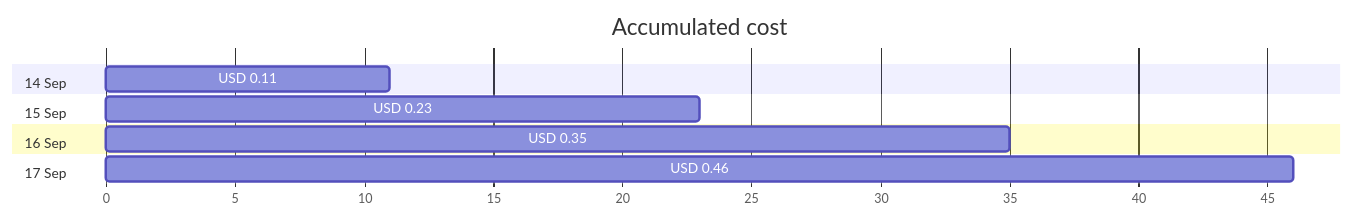
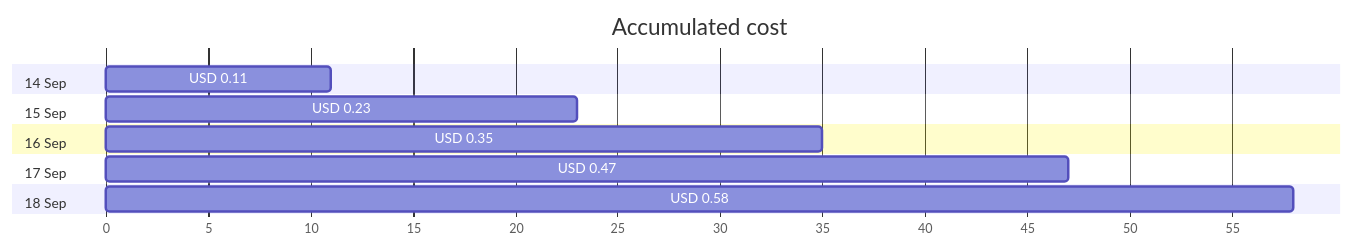
The first of 4 diagrams in cost-reports/personal-network/backup-server-public-ip.md (jpfulton/azure-personal-reports), drawn with Mermaid before and after one commit. The commit also changed other lines of this file and 17 other files, not shown here.

````diff
--- a/cost-reports/personal-network/backup-server-public-ip.md
+++ b/cost-reports/personal-network/backup-server-public-ip.md
@@ -20,14 +20,16 @@
 ```mermaid
 gantt
    title Accumulated cost
    dateFormat  X
    axisFormat %s
    section 14 Sep
    USD 0.11 :0, 11
    section 15 Sep
    USD 0.23 :0, 23
    section 16 Sep
    USD 0.35 :0, 35
    section 17 Sep
-   USD 0.46 :0, 46
+   USD 0.47 :0, 47
+   section 18 Sep
+   USD 0.58 :0, 58
 ```
````
